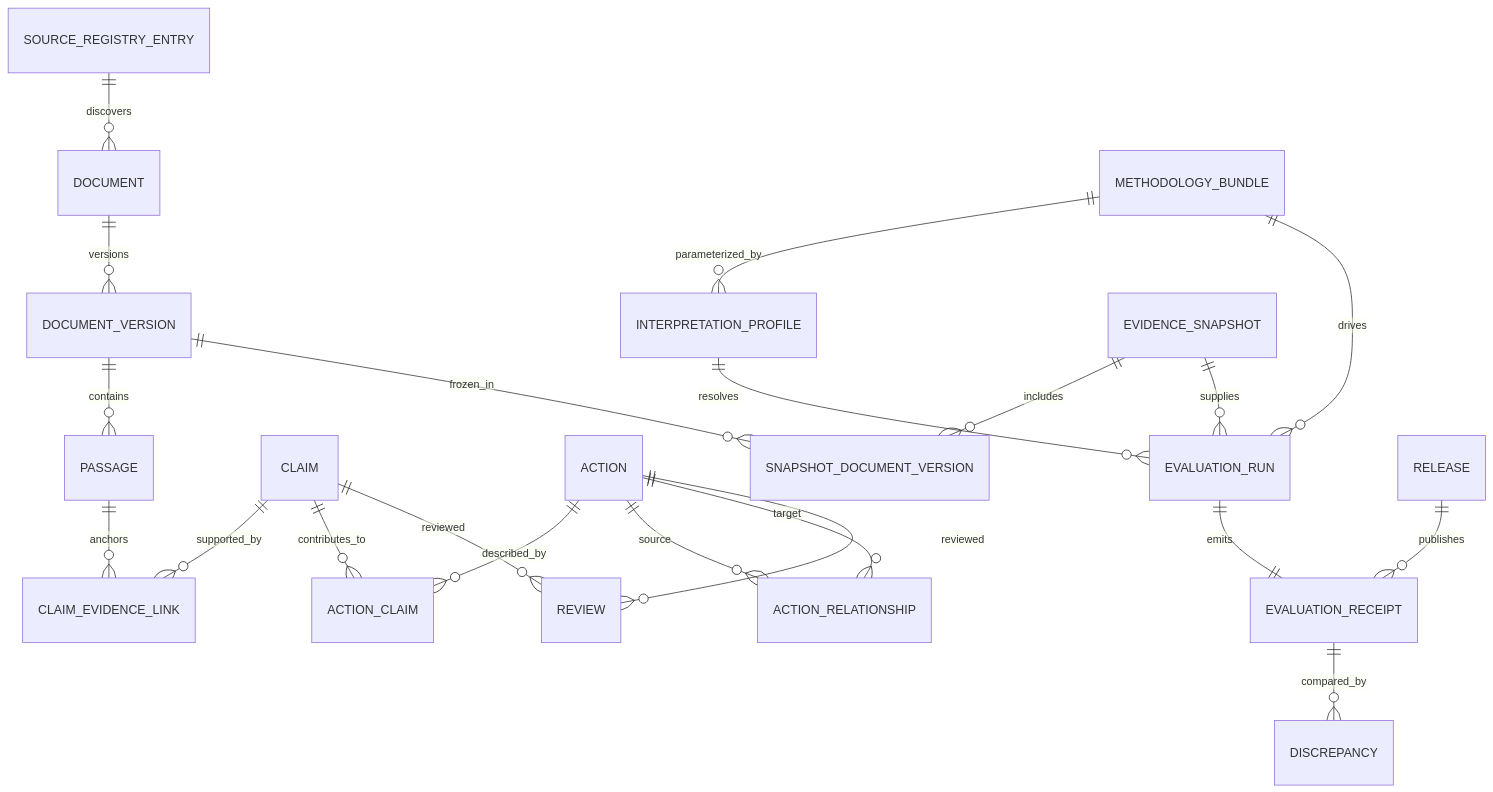
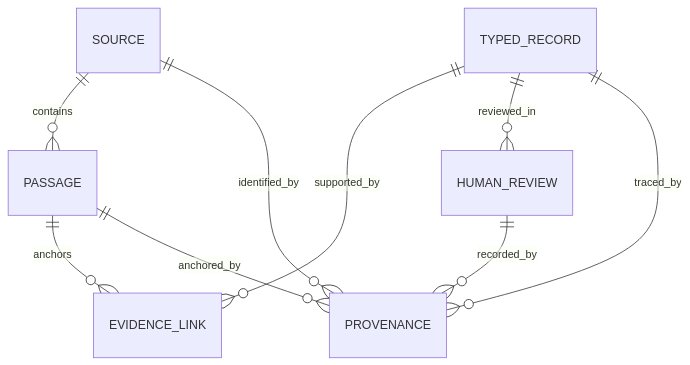
Before and after one commit to saykig/Writ: the diagram in docs/current/data-model.mmd, drawn with Mermaid. The commit also changed 51 other files, not shown here.

```diff
--- a/docs/current/data-model.mmd
+++ b/docs/current/data-model.mmd
@@ -1,21 +1,9 @@
 erDiagram
-  SOURCE_REGISTRY_ENTRY ||--o{ DOCUMENT : discovers
-  DOCUMENT ||--o{ DOCUMENT_VERSION : versions
-  DOCUMENT_VERSION ||--o{ PASSAGE : contains
-  PASSAGE ||--o{ CLAIM_EVIDENCE_LINK : anchors
-  CLAIM ||--o{ CLAIM_EVIDENCE_LINK : supported_by
-  ACTION ||--o{ ACTION_CLAIM : described_by
-  CLAIM ||--o{ ACTION_CLAIM : contributes_to
-  ACTION ||--o{ ACTION_RELATIONSHIP : source
-  ACTION ||--o{ ACTION_RELATIONSHIP : target
-  CLAIM ||--o{ REVIEW : reviewed
-  ACTION ||--o{ REVIEW : reviewed
-  METHODOLOGY_BUNDLE ||--o{ INTERPRETATION_PROFILE : parameterized_by
-  EVIDENCE_SNAPSHOT ||--o{ SNAPSHOT_DOCUMENT_VERSION : includes
-  DOCUMENT_VERSION ||--o{ SNAPSHOT_DOCUMENT_VERSION : frozen_in
-  METHODOLOGY_BUNDLE ||--o{ EVALUATION_RUN : drives
-  INTERPRETATION_PROFILE ||--o{ EVALUATION_RUN : resolves
-  EVIDENCE_SNAPSHOT ||--o{ EVALUATION_RUN : supplies
-  EVALUATION_RUN ||--|| EVALUATION_RECEIPT : emits
-  EVALUATION_RECEIPT ||--o{ DISCREPANCY : compared_by
-  RELEASE ||--o{ EVALUATION_RECEIPT : publishes
+  SOURCE ||--o{ PASSAGE : contains
+  PASSAGE ||--o{ EVIDENCE_LINK : anchors
+  TYPED_RECORD ||--o{ EVIDENCE_LINK : supported_by
+  TYPED_RECORD ||--o{ HUMAN_REVIEW : reviewed_in
+  SOURCE ||--o{ PROVENANCE : identified_by
+  PASSAGE ||--o{ PROVENANCE : anchored_by
+  TYPED_RECORD ||--o{ PROVENANCE : traced_by
+  HUMAN_REVIEW ||--o{ PROVENANCE : recorded_by
```
